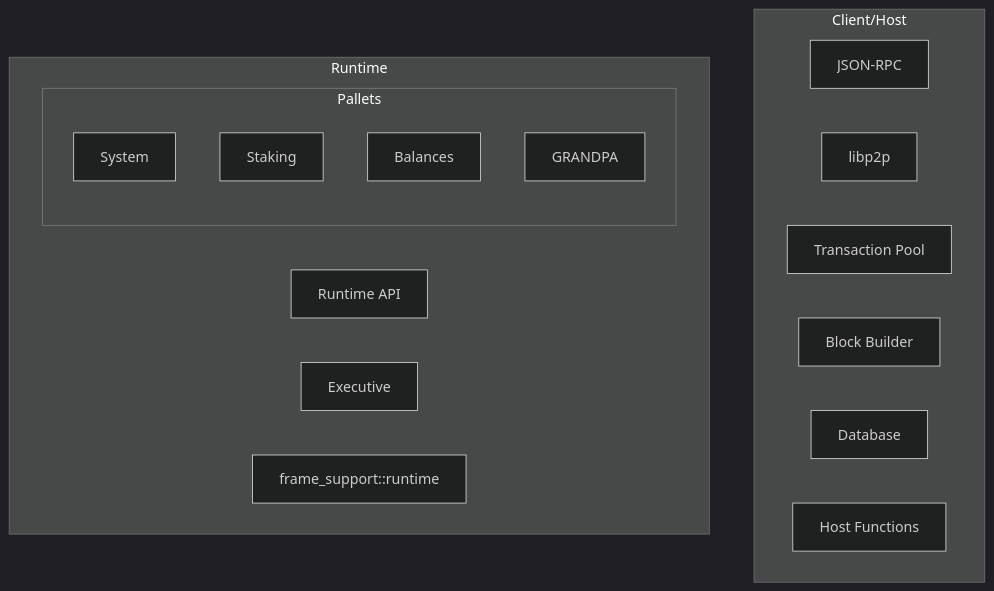
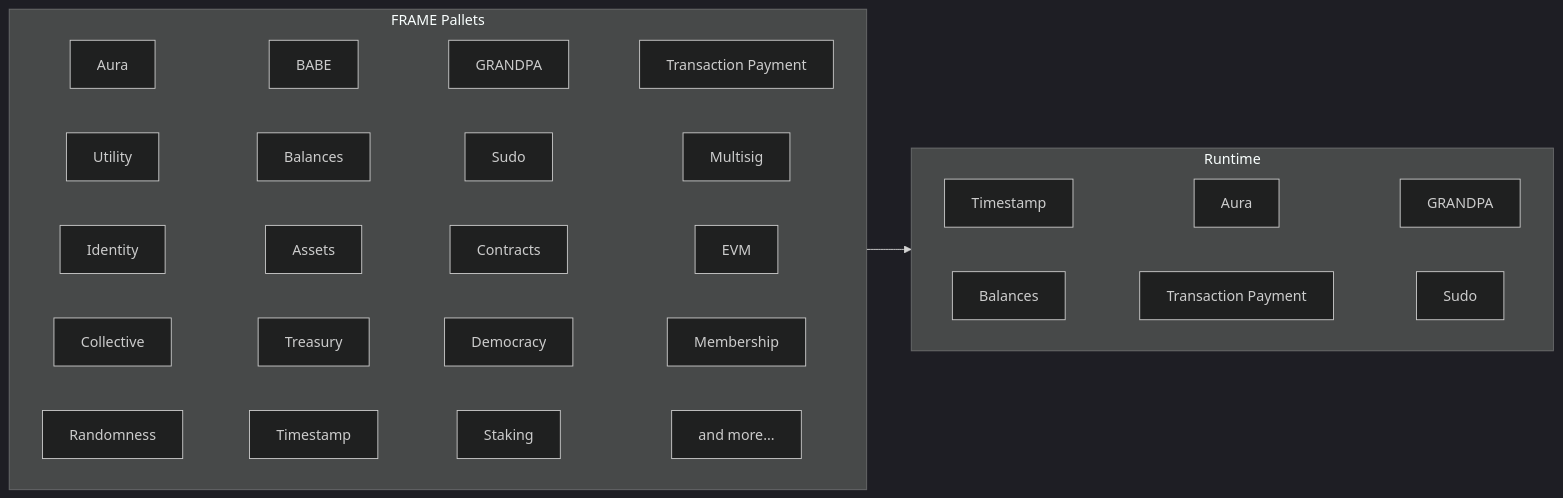
Before and after one commit to polkadot-developers/polkadot-docs: the first of 2 diagrams in develop/parachains/intro-polkadot-sdk.md, drawn with Mermaid (dark theme).

Commit message:
creates base diagram to demonstrate adding select FRAME pallets to create a runtime

````diff
--- a/develop/parachains/intro-polkadot-sdk.md
+++ b/develop/parachains/intro-polkadot-sdk.md
@@ -57,25 +57,18 @@
-``` mermaid
-graph TB
-    subgraph sg1[Client/Host]
+```mermaid
+graph LR
+    subgraph SP["Runtime"]
         direction LR
-        A[JSON-RPC]
-        B[libp2p]
-        C[Transaction Pool]
-        D[Block Builder]
-        E[Database]
-        F[Host Functions]
+        S1[Timestamp]~~~S2[Aura]~~~S3[GRANDPA]
+        S4[Balances]~~~S5[Transaction Payment]~~~S6[Sudo]
     end
-    subgraph sg2[Runtime]
+
+    subgraph AP["FRAME Pallets"]
         direction LR
-        G[Runtime API]
-        H[Executive]
-        I[frame_support::runtime]
-        subgraph sg3[Pallets]
-            direction TB
-            J[System]
-            K[Staking]
-            L[Balances]
-            M[GRANDPA]
-        end
+        A1[Aura]~~~A2[BABE]~~~A3[GRANDPA]~~~A4[Transaction Payment]
+        B1[Utility]~~~B2[Balances]~~~B3[Sudo]~~~B4[Multisig]
+        C1[Identity]~~~C2[Assets]~~~C3[Contracts]~~~C4[EVM]
+        D1[Collective]~~~D2[Treasury]~~~D3[Democracy]~~~D4[Membership]
+        E1[Randomness]~~~E2[Timestamp]~~~E3[Staking]~~~E4[and more...]
     end
+    AP --> SP
 ```
````
